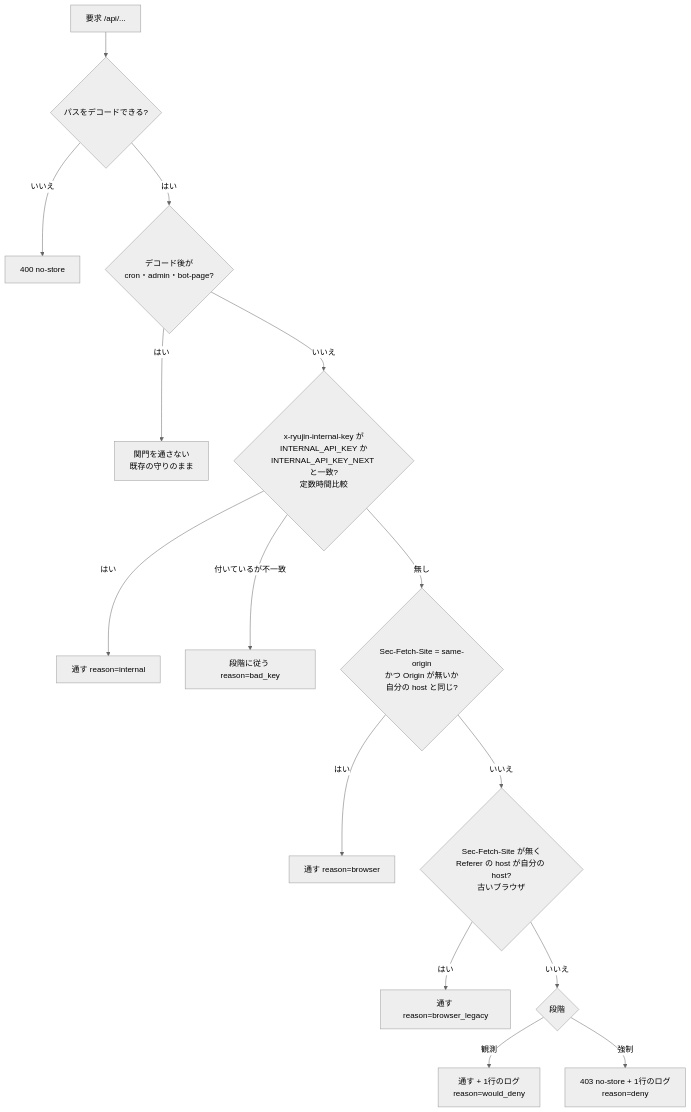
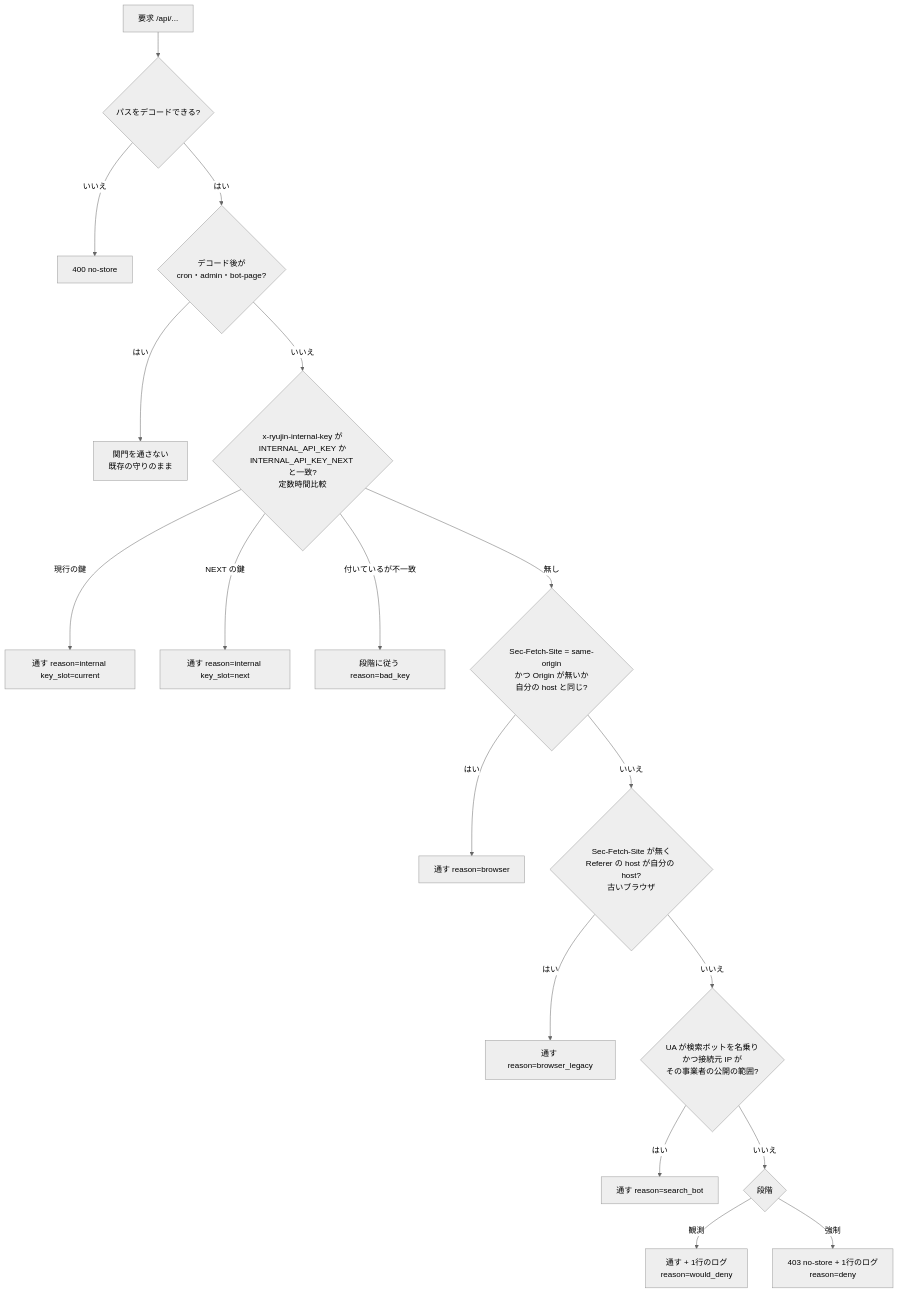
One commit to rhapsody0919/boatrace-ai-predictor changed the second of 3 diagrams in docs/design/public-api-lockdown/plan.md. Above: the diagram before and after it, drawn with Mermaid (neutral theme). The commit also changed other lines of this file and 1 other file, not shown here.

````diff
--- a/docs/design/public-api-lockdown/plan.md
+++ b/docs/design/public-api-lockdown/plan.md
@@ -105,17 +105,20 @@
 ```mermaid
 flowchart TD
   R[要求 /api/...] --> D{パスをデコードできる?}
   D -- いいえ --> DENY0[400 no-store]
   D -- はい --> X{デコード後が<br/>cron・admin・bot-page?}
   X -- はい --> PASS0[関門を通さない<br/>既存の守りのまま]
   X -- いいえ --> K{x-ryujin-internal-key が<br/>INTERNAL_API_KEY か<br/>INTERNAL_API_KEY_NEXT と一致?<br/>定数時間比較}
-  K -- はい --> OK1[通す reason=internal]
+  K -- 現行の鍵 --> OK1[通す reason=internal key_slot=current]
+  K -- NEXT の鍵 --> OK1b[通す reason=internal key_slot=next]
   K -- 付いているが不一致 --> BAD[段階に従う reason=bad_key]
   K -- 無し --> S{Sec-Fetch-Site = same-origin<br/>かつ Origin が無いか<br/>自分の host と同じ?}
   S -- はい --> OK2[通す reason=browser]
   S -- いいえ --> L{Sec-Fetch-Site が無く<br/>Referer の host が自分の host?<br/>古いブラウザ}
   L -- はい --> OK3[通す reason=browser_legacy]
-  L -- いいえ --> M{段階}
+  L -- いいえ --> G{UA が検索ボットを名乗り<br/>かつ接続元 IP が<br/>その事業者の公開の範囲?}
+  G -- はい --> OK4[通す reason=search_bot]
+  G -- いいえ --> M{段階}
   M -- 観測 --> LOG[通す + 1行のログ<br/>reason=would_deny]
   M -- 強制 --> DENY[403 no-store + 1行のログ<br/>reason=deny]
 ```
````
